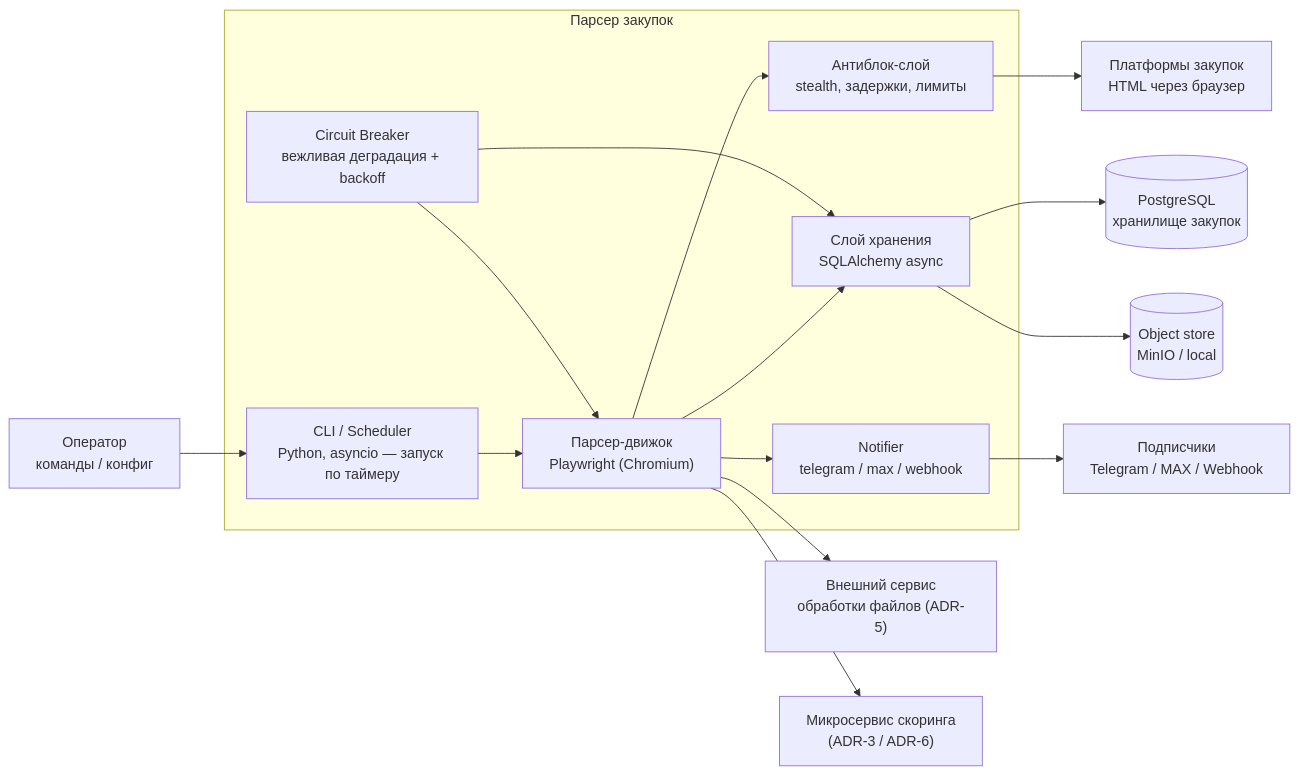
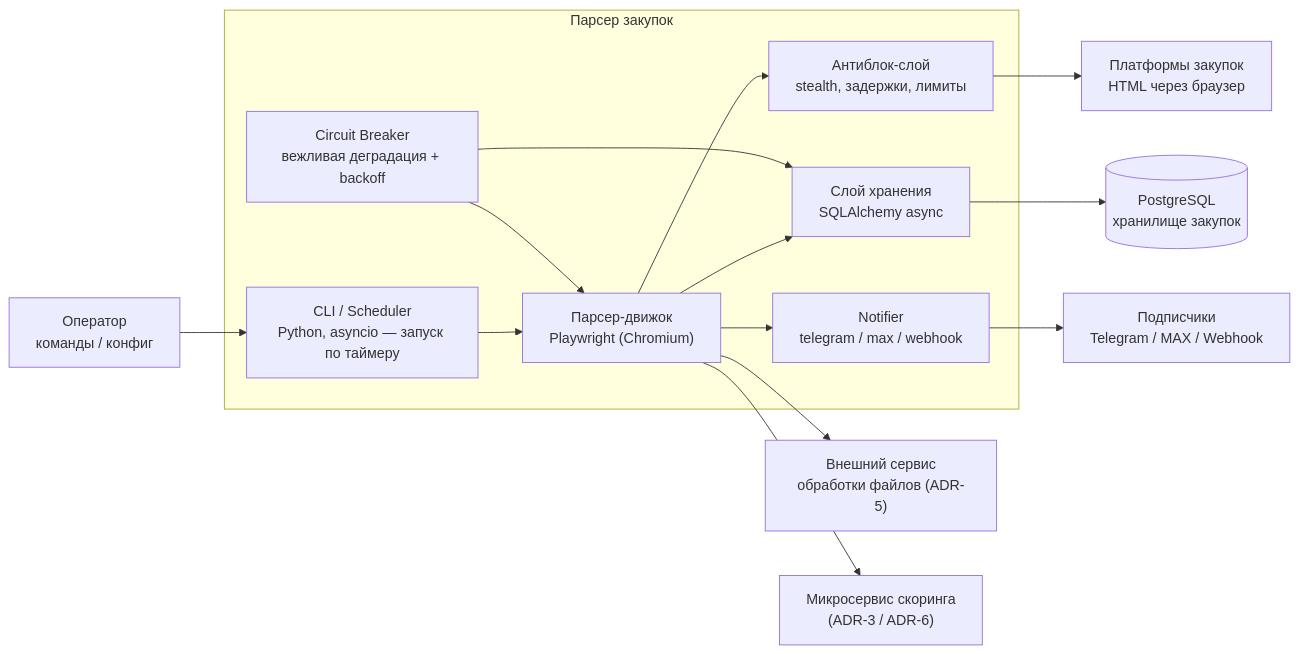
Before and after one commit to igorvolk1961/zakupki_parser: the diagram in docs/c4/container.md, drawn with Mermaid. The commit also changed other lines of this file and 24 other files, not shown here.

````diff
--- a/docs/c4/container.md
+++ b/docs/c4/container.md
@@ -5,34 +5,32 @@
 ```mermaid
 flowchart LR
     U[Оператор<br/>команды / конфиг]
 
     subgraph ParserSys["Парсер закупок"]
         CLI["CLI / Scheduler<br/>Python, asyncio — запуск по таймеру"]
         ENG["Парсер-движок<br/>Playwright (Chromium)"]
         AB["Антиблок-слой<br/>stealth, задержки, лимиты"]
         CB["Circuit Breaker<br/>вежливая деградация + backoff"]
         ST["Слой хранения<br/>SQLAlchemy async"]
         NOT["Notifier<br/>telegram / max / webhook"]
     end
 
     Z[Платформы закупок<br/>HTML через браузер]
     DB[(PostgreSQL<br/>хранилище закупок)]
-    OS[(Object store<br/>MinIO / local)]
     FS["Внешний сервис<br/>обработки файлов (ADR-5)"]
     SS["Микросервис скоринга<br/>(ADR-3 / ADR-6)"]
     SUB[Подписчики<br/>Telegram / MAX / Webhook]
 
     U --> CLI
     CLI --> ENG
     ENG --> AB
     AB --> Z
     ENG --> ST
     ST --> DB
-    ST --> OS
     ENG --> FS
     ENG --> SS
     ENG --> NOT
     NOT --> SUB
     CB --> ENG
     CB --> ST
 ```
````
